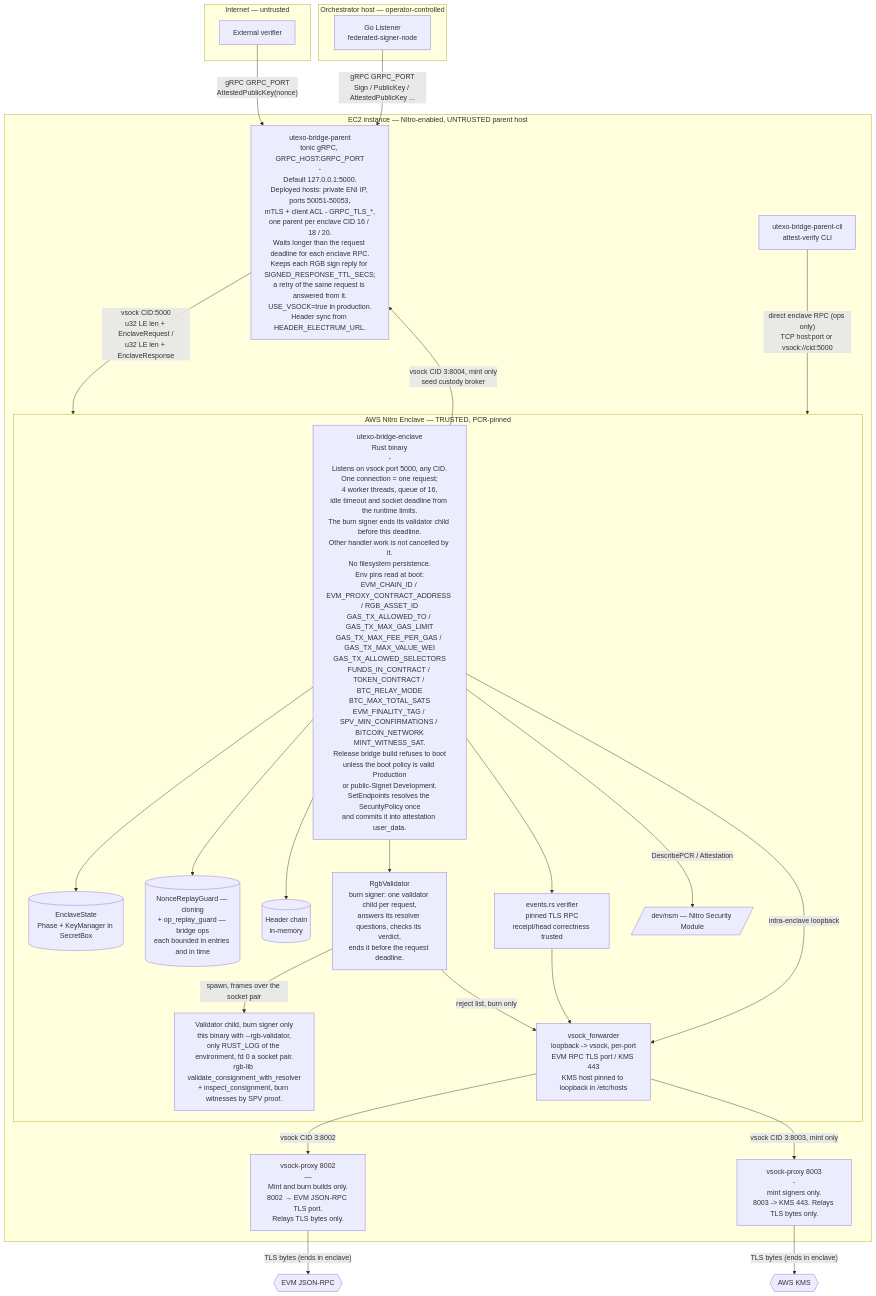
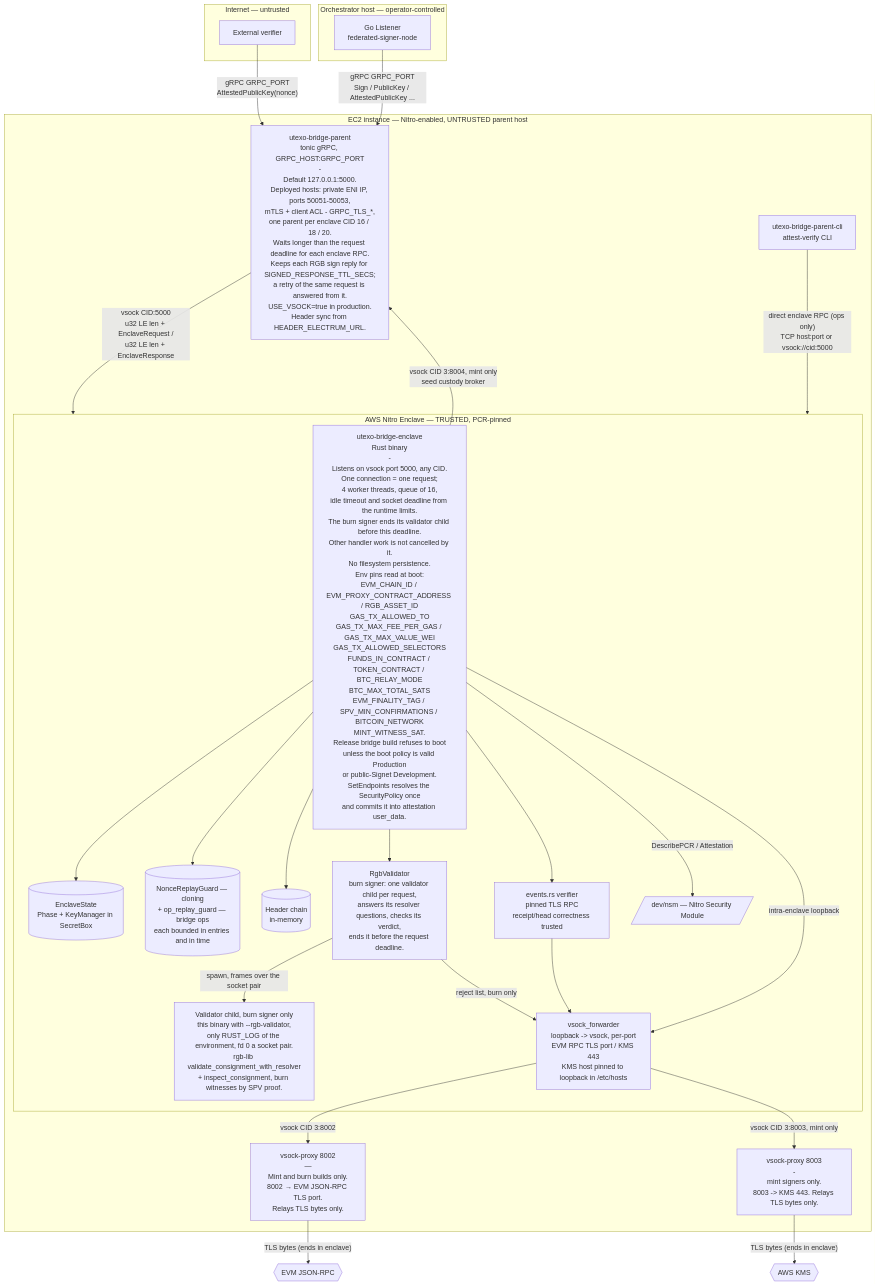
Before and after one commit to UTEXO-Protocol/enclave-signer: the diagram in docs/diagrams/02-deployment.md, drawn with Mermaid. The commit also changed 34 other files, not shown here.

First line of the commit message:
Make the gas limit of a gas transaction a runtime limit

````diff
--- a/docs/diagrams/02-deployment.md
+++ b/docs/diagrams/02-deployment.md
@@ -3,54 +3,54 @@
 ```mermaid
 flowchart TB
     subgraph NET [Internet — untrusted]
         V[External verifier]
     end
 
     subgraph ORC [Orchestrator host — operator-controlled]
         L[Go Listener<br/>federated-signer-node]
     end
 
     subgraph EC2 [EC2 instance — Nitro-enabled, UNTRUSTED parent host]
         Parent[utexo-bridge-parent<br/>tonic gRPC, GRPC_HOST:GRPC_PORT<br/>-<br/>Default 127.0.0.1:5000.<br/>Deployed hosts: private ENI IP, ports 50051-50053,<br/>mTLS + client ACL - GRPC_TLS_*,<br/>one parent per enclave CID 16 / 18 / 20.<br/>Waits longer than the request deadline for each enclave RPC.<br/>Keeps each RGB sign reply for SIGNED_RESPONSE_TTL_SECS;<br/>a retry of the same request is answered from it.<br/>USE_VSOCK=true in production.<br/>Header sync from HEADER_ELECTRUM_URL.]
         Cli[utexo-bridge-parent-cli<br/>attest-verify CLI]
         VPk["vsock-proxy 8003<br/>-<br/>mint signers only.<br/>8003 -> KMS 443. Relays TLS bytes only."]
         VPe["vsock-proxy 8002<br/>―<br/>Mint and burn builds only.<br/>8002 → EVM JSON-RPC TLS port.<br/>Relays TLS bytes only."]
 
         subgraph ENCL [AWS Nitro Enclave — TRUSTED, PCR-pinned]
-            Bin[utexo-bridge-enclave<br/>Rust binary<br/>-<br/>Listens on vsock port 5000, any CID.<br/>One connection = one request;<br/>4 worker threads, queue of 16,<br/>idle timeout and socket deadline from the runtime limits.<br/>The burn signer ends its validator child before this deadline.<br/>Other handler work is not cancelled by it.<br/>No filesystem persistence.<br/>Env pins read at boot:<br/>EVM_CHAIN_ID / EVM_PROXY_CONTRACT_ADDRESS / RGB_ASSET_ID<br/>GAS_TX_ALLOWED_TO / GAS_TX_MAX_GAS_LIMIT<br/>GAS_TX_MAX_FEE_PER_GAS / GAS_TX_MAX_VALUE_WEI<br/>GAS_TX_ALLOWED_SELECTORS<br/>FUNDS_IN_CONTRACT / TOKEN_CONTRACT / BTC_RELAY_MODE<br/>BTC_MAX_TOTAL_SATS<br/>EVM_FINALITY_TAG / SPV_MIN_CONFIRMATIONS / BITCOIN_NETWORK<br/>MINT_WITNESS_SAT.<br/>Release bridge build refuses to boot<br/>unless the boot policy is valid Production<br/>or public-Signet Development.<br/>SetEndpoints resolves the SecurityPolicy once<br/>and commits it into attestation user_data.]
+            Bin[utexo-bridge-enclave<br/>Rust binary<br/>-<br/>Listens on vsock port 5000, any CID.<br/>One connection = one request;<br/>4 worker threads, queue of 16,<br/>idle timeout and socket deadline from the runtime limits.<br/>The burn signer ends its validator child before this deadline.<br/>Other handler work is not cancelled by it.<br/>No filesystem persistence.<br/>Env pins read at boot:<br/>EVM_CHAIN_ID / EVM_PROXY_CONTRACT_ADDRESS / RGB_ASSET_ID<br/>GAS_TX_ALLOWED_TO<br/>GAS_TX_MAX_FEE_PER_GAS / GAS_TX_MAX_VALUE_WEI<br/>GAS_TX_ALLOWED_SELECTORS<br/>FUNDS_IN_CONTRACT / TOKEN_CONTRACT / BTC_RELAY_MODE<br/>BTC_MAX_TOTAL_SATS<br/>EVM_FINALITY_TAG / SPV_MIN_CONFIRMATIONS / BITCOIN_NETWORK<br/>MINT_WITNESS_SAT.<br/>Release bridge build refuses to boot<br/>unless the boot policy is valid Production<br/>or public-Signet Development.<br/>SetEndpoints resolves the SecurityPolicy once<br/>and commits it into attestation user_data.]
             Headers[(Header chain<br/>in-memory)]
             State[(EnclaveState<br/>Phase + KeyManager in SecretBox)]
             Replay[(NonceReplayGuard — cloning<br/>+ op_replay_guard — bridge ops<br/>each bounded in entries and in time)]
             Fwd["vsock_forwarder<br/>loopback -> vsock, per-port<br/>EVM RPC TLS port / KMS 443<br/>KMS host pinned to loopback in /etc/hosts"]
             RgbVal["RgbValidator<br/>burn signer: one validator child per request,<br/>answers its resolver questions, checks its verdict,<br/>ends it before the request deadline."]
             RgbChild["Validator child, burn signer only<br/>this binary with --rgb-validator,<br/>only RUST_LOG of the environment, fd 0 a socket pair.<br/>rgb-lib validate_consignment_with_resolver<br/>+ inspect_consignment, burn witnesses by SPV proof."]
             EvmVer[events.rs verifier<br/>pinned TLS RPC<br/>receipt/head correctness trusted]
             NSM[/dev/nsm — Nitro Security Module/]
         end
     end
 
     EvmRpc{{EVM JSON-RPC}}
     Kms{{AWS KMS}}
 
     V -->|"gRPC GRPC_PORT<br/>AttestedPublicKey(nonce)"| Parent
     L -->|"gRPC GRPC_PORT<br/>Sign / PublicKey / AttestedPublicKey ..."| Parent
     Cli -->|"direct enclave RPC (ops only)<br/>TCP host:port or vsock://cid:5000"| ENCL
 
     Parent -->|"vsock CID:5000<br/>u32 LE len + EnclaveRequest /<br/>u32 LE len + EnclaveResponse"| ENCL
 
     Bin --> State
     Bin --> Replay
     Bin --> Headers
     Bin --> RgbVal
     RgbVal -->|"spawn, frames over the socket pair"| RgbChild
     Bin --> EvmVer
     Bin -->|"DescribePCR / Attestation"| NSM
     Bin -->|"intra-enclave loopback"| Fwd
     RgbVal -->|"reject list, burn only"| Fwd
     EvmVer --> Fwd
     Fwd -->|"vsock CID 3:8002"| VPe
     Fwd -->|"vsock CID 3:8003, mint only"| VPk
     VPk -->|"TLS bytes (ends in enclave)"| Kms
     Bin -->|"vsock CID 3:8004, mint only<br/>seed custody broker"| Parent
     VPe -->|"TLS bytes (ends in enclave)"| EvmRpc
 ```
````
